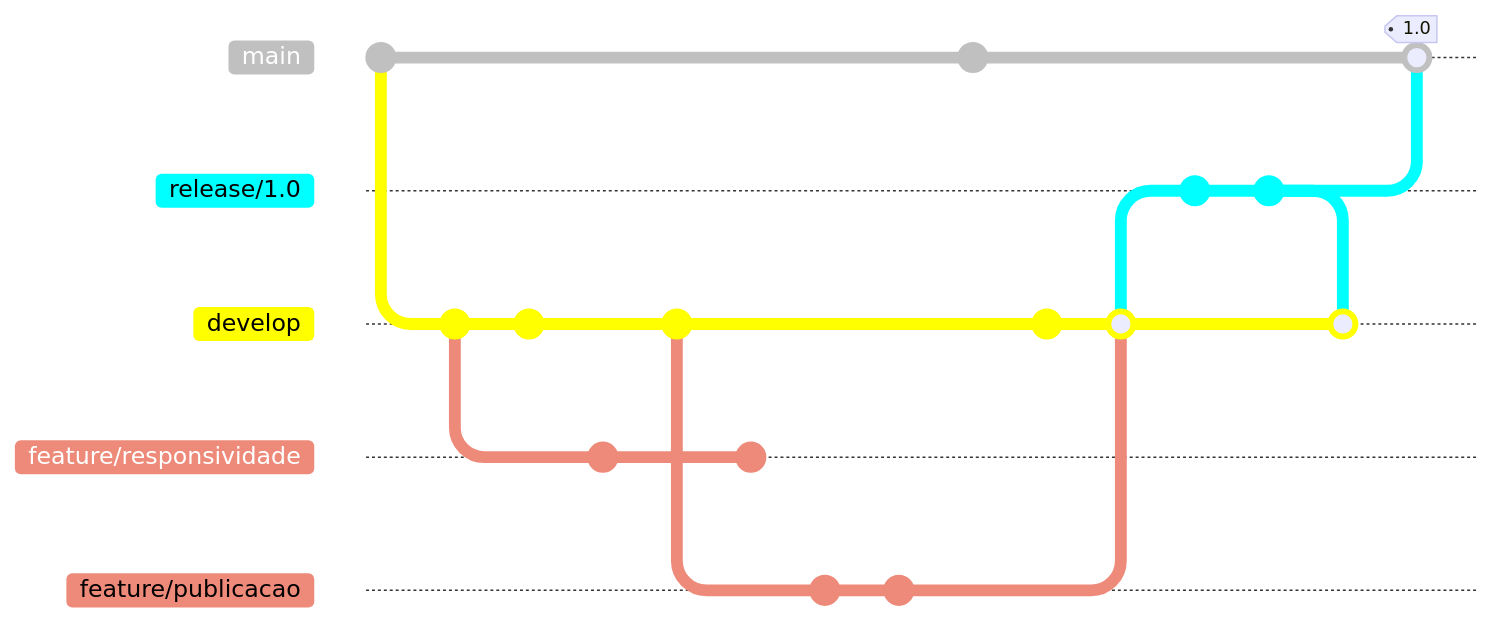
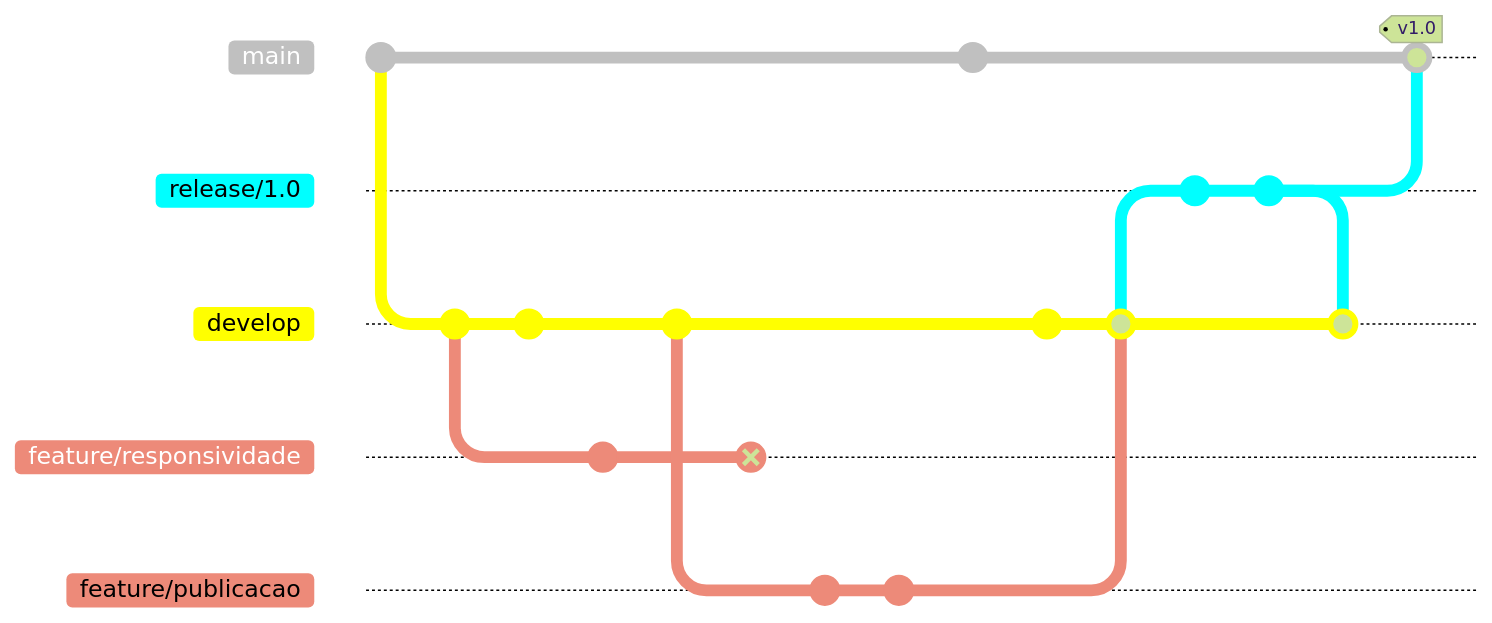
One commit to ifmt-esa/documentacao changed the second of 7 diagrams in README.md. Above: the diagram before and after it, drawn with Mermaid. The commit also changed other lines of this file, not shown here. Commit ids are hidden.

````diff
--- a/README.md
+++ b/README.md
@@ -71,43 +71,43 @@
 ```mermaid
 %%{init: { 
   'logLevel': 'debug', 
-  'theme': 'default',
+  'theme': 'forest',
   'themeVariables': {
     'git0': '#C0C0C0',
     'git1': '#00ffff',
     'git2': '#ffff00',
     'git3': '#ed8a79',
     'git4': '#ed8a79',
     'tagLabelFontSize': '12px' 
   }
 } }%% 
 gitGraph
   commit
   branch develop order: 3
   commit
   branch feature/responsividade order: 4
   checkout develop
   commit
   checkout feature/responsividade
   commit
   checkout develop
   commit
   checkout feature/responsividade
-  commit
+  commit type:REVERSE id: "Cancelado..."
   checkout develop
   branch feature/publicacao order: 5
   commit
   commit
   checkout main
   commit
   checkout develop
   commit
   merge feature/publicacao
   branch release/1.0
   commit
   commit
   checkout develop
   merge release/1.0
   checkout main
-  merge release/1.0 tag: "1.0"
+  merge release/1.0 tag: "v1.0"
 ```
````
